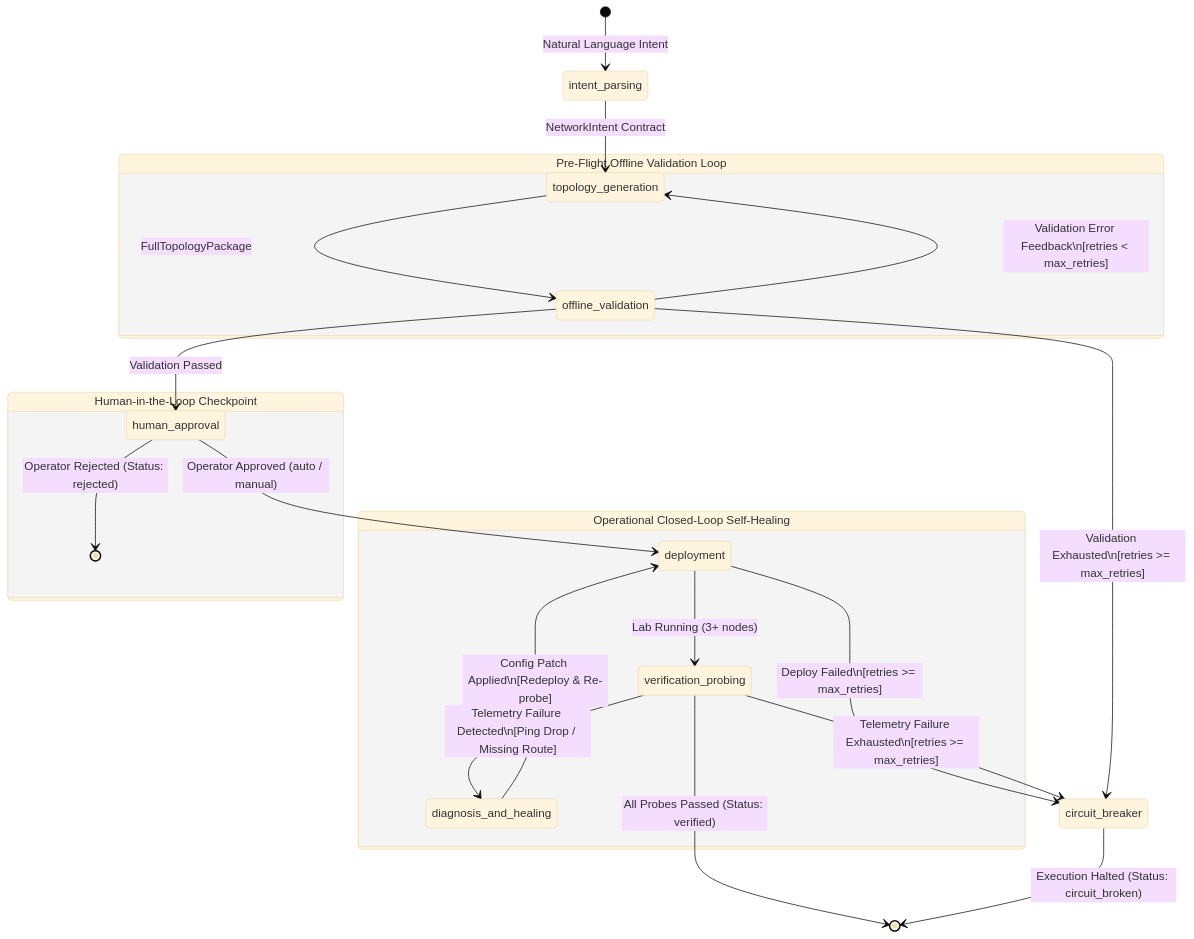
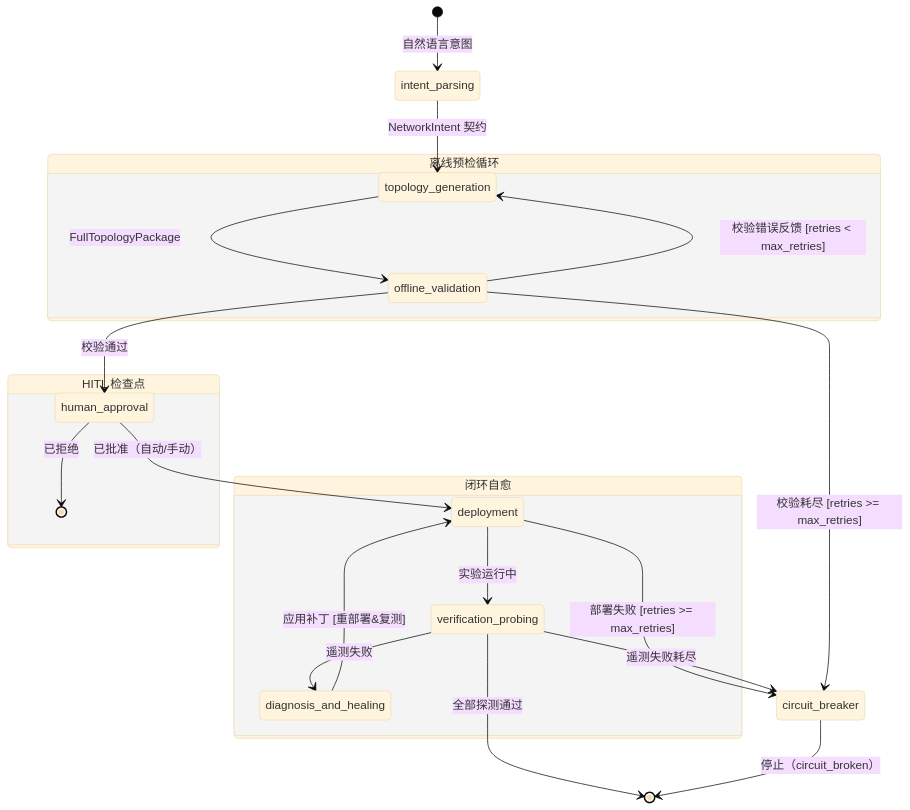
One commit to xiaoxiaohexin/netops-ai-agent changed the first of 2 diagrams in langgraph_netagent/README.md. Above: the diagram before and after it, drawn with Mermaid (base theme). The commit also changed other lines of this file and 2 other files, not shown here.

````diff
--- a/langgraph_netagent/README.md
+++ b/langgraph_netagent/README.md
@@ -61,33 +43,32 @@
 ```mermaid
 stateDiagram-v2
     direction TB
 
-    [*] --> intent_parsing: Natural Language Intent
-    intent_parsing --> topology_generation: NetworkIntent Contract
+    [*] --> intent_parsing: 自然语言意图
+    intent_parsing --> topology_generation: NetworkIntent 契约
 
-    state "Pre-Flight Offline Validation Loop" as ValLoop {
+    state "离线预检循环" as ValLoop {
         topology_generation --> offline_validation: FullTopologyPackage
-        offline_validation --> topology_generation: Validation Error Feedback\n[retries < max_retries]
+        offline_validation --> topology_generation: 校验错误反馈 [retries < max_retries]
     }
 
-    offline_validation --> circuit_breaker: Validation Exhausted\n[retries >= max_retries]
-    offline_validation --> human_approval: Validation Passed
+    offline_validation --> circuit_breaker: 校验耗尽 [retries >= max_retries]
+    offline_validation --> human_approval: 校验通过
 
-    state "Human-in-the-Loop Checkpoint" as HITLGate {
-        human_approval --> deployment: Operator Approved (auto / manual)
-        human_approval --> [*]: Operator Rejected (Status: rejected)
+    state "HITL 检查点" as HITLGate {
+        human_approval --> deployment: 已批准（自动/手动）
+        human_approval --> [*]: 已拒绝
     }
 
-    deployment --> circuit_breaker: Deploy Failed\n[retries >= max_retries]
-    deployment --> verification_probing: Lab Running (3+ nodes)
+    deployment --> circuit_breaker: 部署失败 [retries >= max_retries]
+    deployment --> verification_probing: 实验运行中
 
-    state "Operational Closed-Loop Self-Healing" as HealingLoop {
-        verification_probing --> diagnosis_and_healing: Telemetry Failure Detected\n[Ping Drop / Missing Route]
-        diagnosis_and_healing --> deployment: Config Patch Applied\n[Redeploy & Re-probe]
+    state "闭环自愈" as HealingLoop {
+        verification_probing --> diagnosis_and_healing: 遥测失败
+        diagnosis_and_healing --> deployment: 应用补丁 [重部署&复测]
     }
 
-    verification_probing --> circuit_breaker: Telemetry Failure Exhausted\n[retries >= max_retries]
-    verification_probing --> [*]: All Probes Passed (Status: verified)
-
-    circuit_breaker --> [*]: Execution Halted (Status: circuit_broken)
+    verification_probing --> circuit_breaker: 遥测失败耗尽
+    verification_probing --> [*]: 全部探测通过
+    circuit_breaker --> [*]: 停止（circuit_broken）
 ```
````
